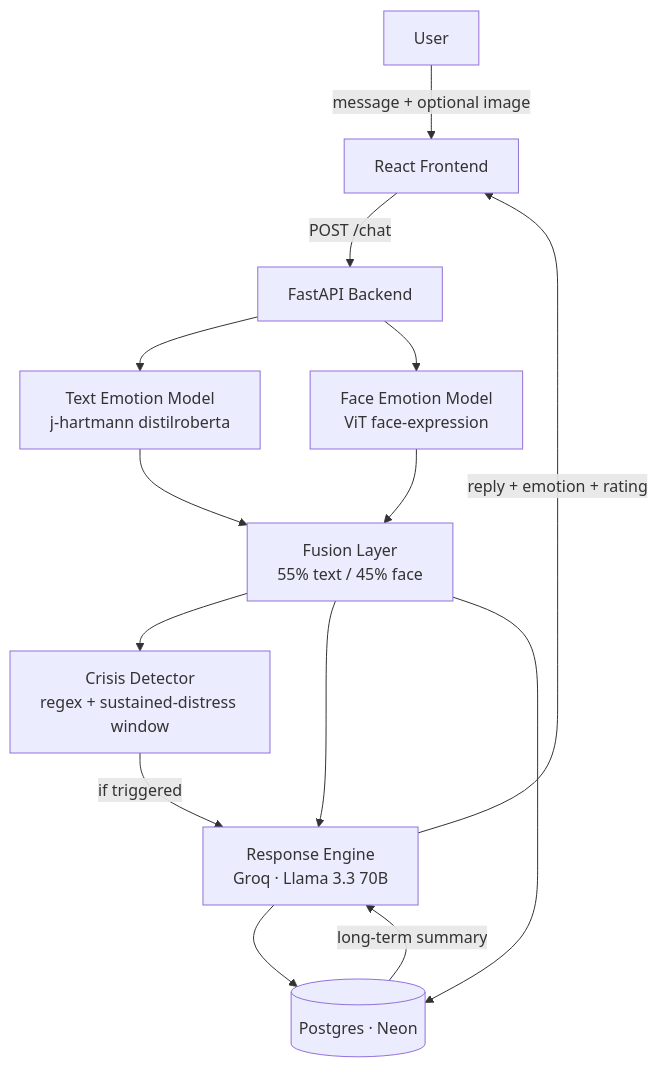
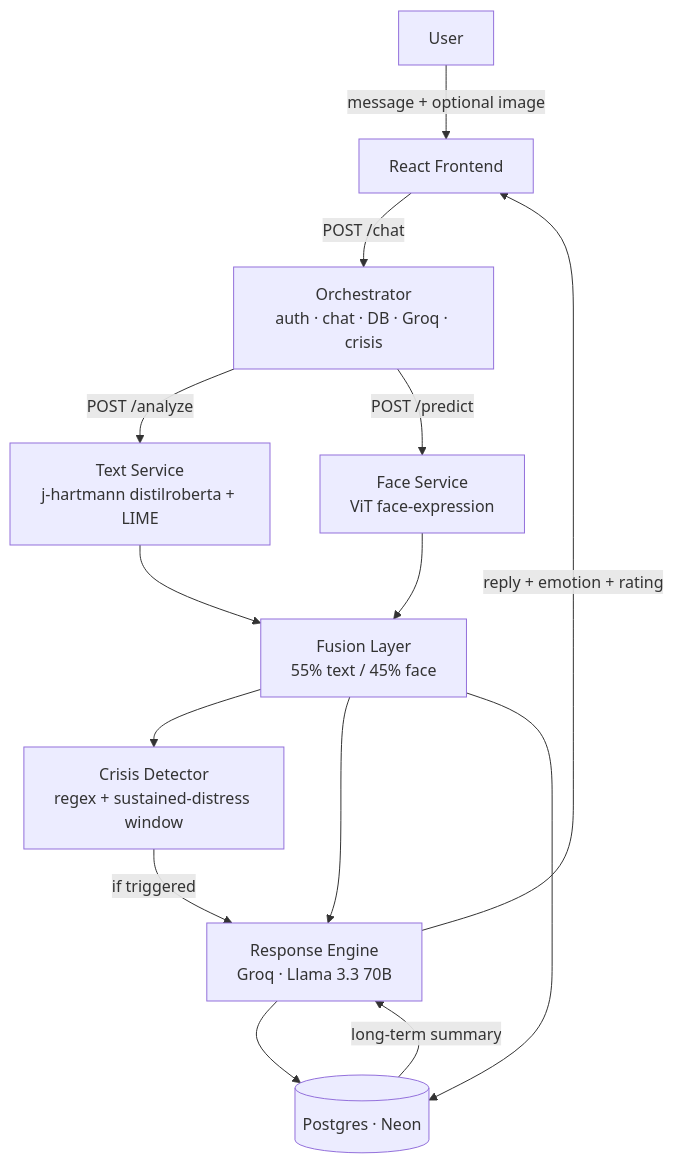
Before and after one commit to Aadithyaar22/MoodScript: the diagram in README.md, drawn with Mermaid. The commit also changed other lines of this file and 16 other files, not shown here.

First line of the commit message:
Split backend into independent face/text/orchestrator services

````diff
--- a/README.md
+++ b/README.md
@@ -69,16 +71,16 @@
 ```mermaid
 flowchart TD
     U[User] -->|message + optional image| FE[React Frontend]
-    FE -->|POST /chat| API[FastAPI Backend]
-    API --> TXT[Text Emotion Model<br/>j-hartmann distilroberta]
-    API --> FACE[Face Emotion Model<br/>ViT face-expression]
+    FE -->|POST /chat| API[Orchestrator<br/>auth · chat · DB · Groq · crisis]
+    API -->|POST /analyze| TXT[Text Service<br/>j-hartmann distilroberta + LIME]
+    API -->|POST /predict| FACE[Face Service<br/>ViT face-expression]
     TXT --> FUSE[Fusion Layer<br/>55% text / 45% face]
     FACE --> FUSE
     FUSE --> CRISIS[Crisis Detector<br/>regex + sustained-distress window]
     FUSE --> LLM[Response Engine<br/>Groq · Llama 3.3 70B]
     CRISIS -->|if triggered| LLM
     LLM --> DB[(Postgres · Neon)]
     FUSE --> DB
     DB -->|long-term summary| LLM
     LLM -->|reply + emotion + rating| FE
 ```
````
